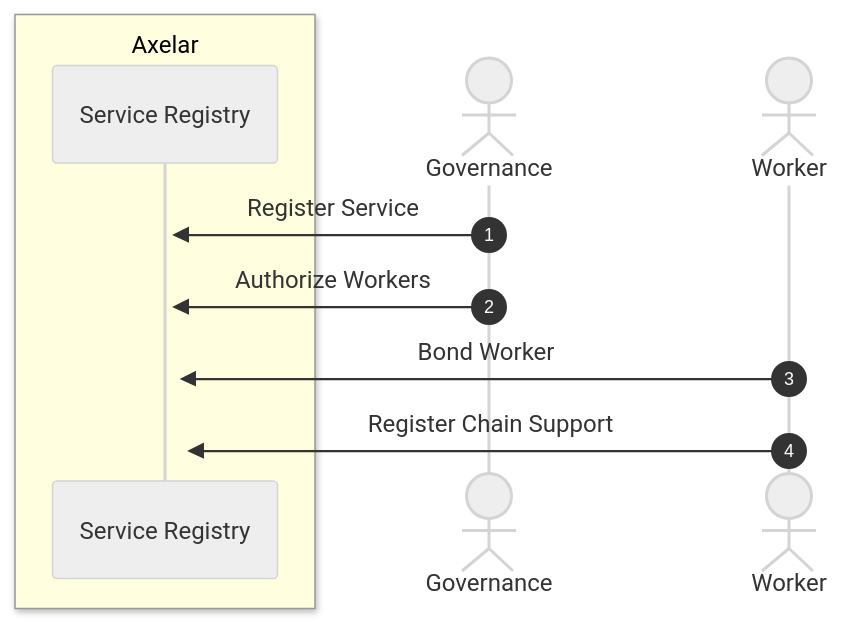
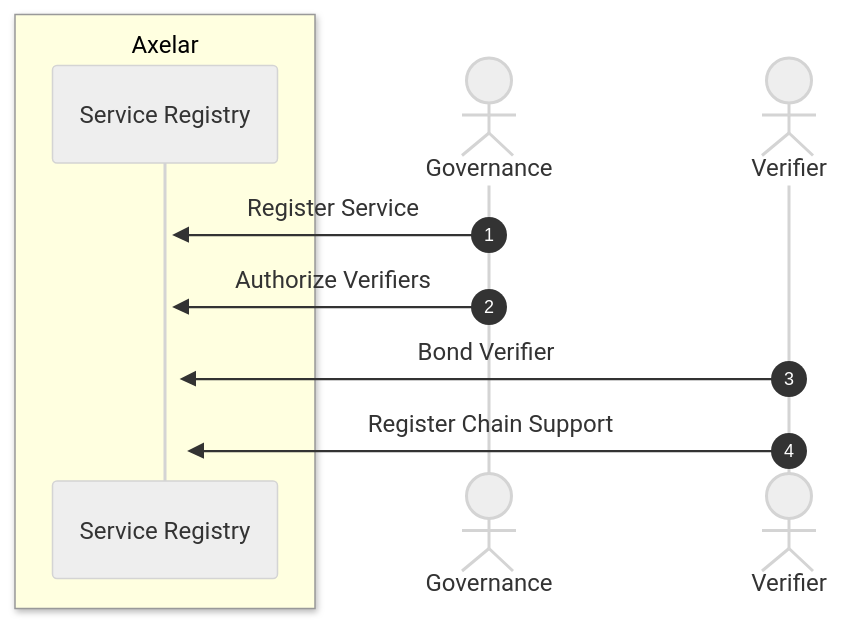
The second of 2 diagrams in doc/src/contracts/service_registry.md (axelarnetwork/axelar-amplifier), drawn with Mermaid (neutral theme) before and after one commit. The commit also changed other lines of this file and 3 other files, not shown here.

Commit message:
docs: rename worker to verifier

````diff
--- a/doc/src/contracts/service_registry.md
+++ b/doc/src/contracts/service_registry.md
@@ -91,16 +93,16 @@
 ```mermaid
 sequenceDiagram
 autonumber
 box LightYellow Axelar
     participant Service Registry
 end
 actor Governance
-actor Worker
+actor Verifier
 
 Governance->>+Service Registry: Register Service
-Governance->>+Service Registry: Authorize Workers
+Governance->>+Service Registry: Authorize Verifiers
 
-Worker->>+Service Registry: Bond Worker
-Worker->>+Service Registry: Register Chain Support
+Verifier->>+Service Registry: Bond Verifier
+Verifier->>+Service Registry: Register Chain Support
 
 ```
````
